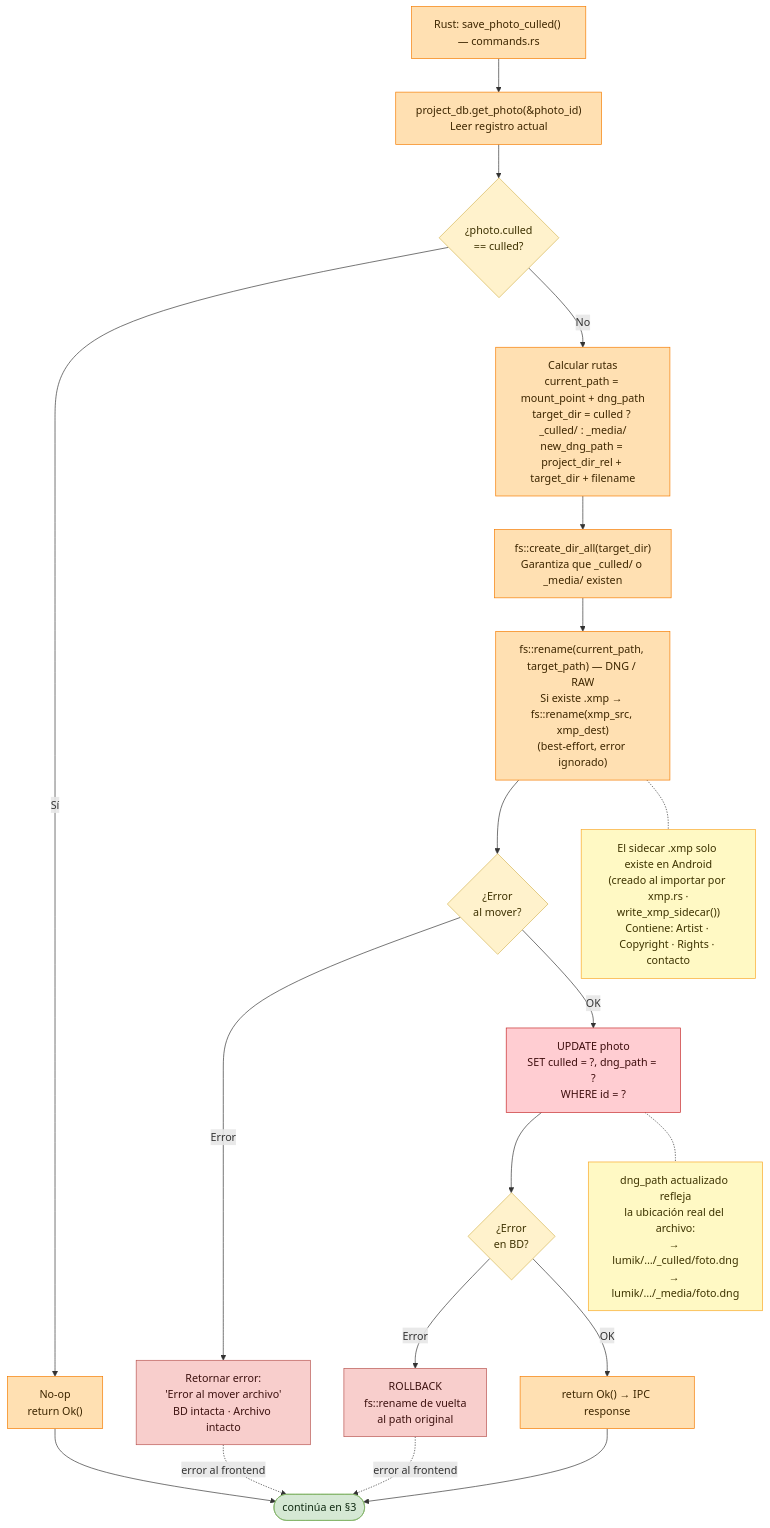
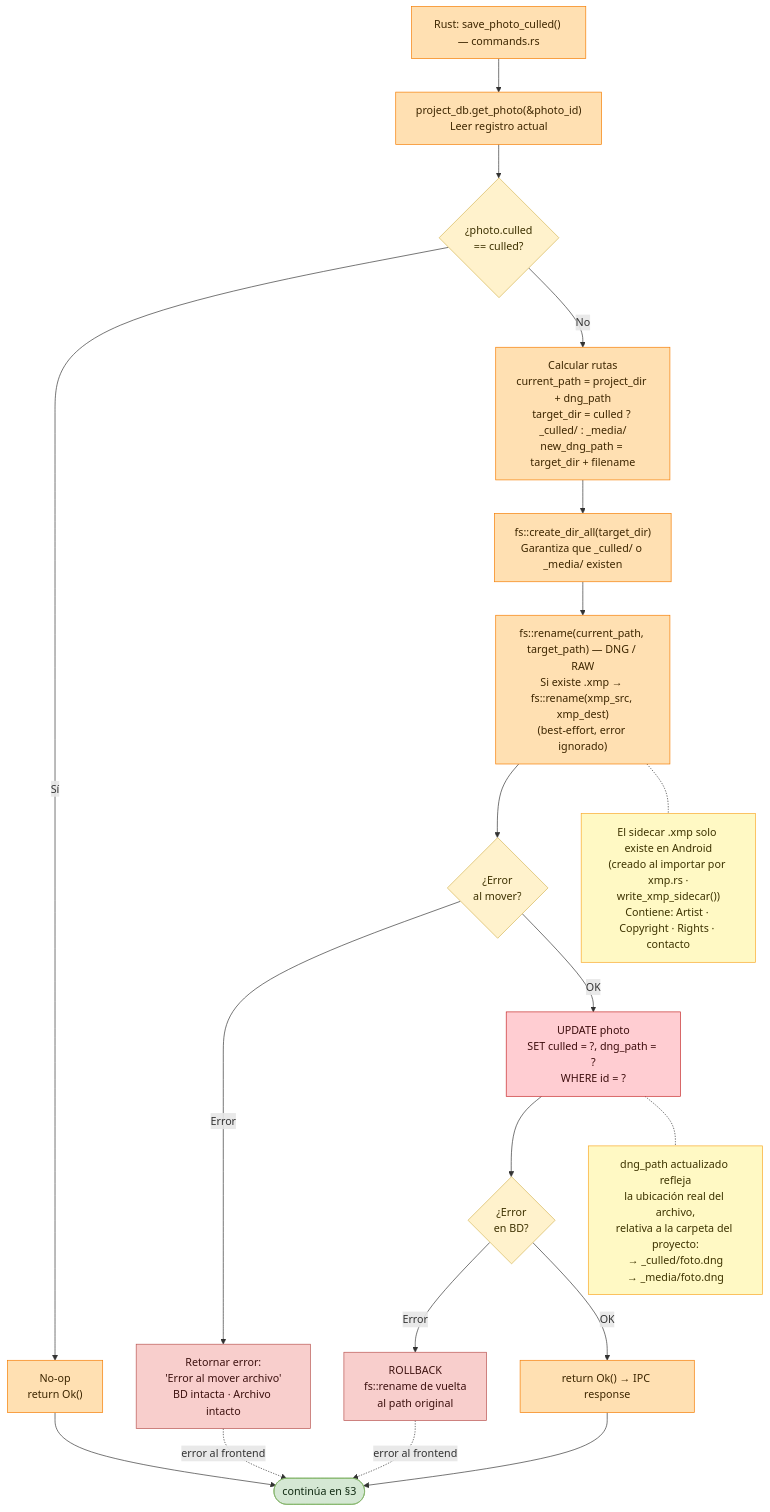
Before and after one commit to everitosan/lumik: the third of 4 diagrams in docs/useCases/flujo-culling.md, drawn with Mermaid. The commit also changed 20 other files, not shown here.

First line of the commit message:
feat(projects): rutas de fotos relativas a la carpeta del proyecto

````diff
--- a/docs/useCases/flujo-culling.md
+++ b/docs/useCases/flujo-culling.md
@@ -57,45 +57,45 @@
 ```mermaid
 flowchart TD
     be["Rust: save_photo_culled() — commands.rs"]
     get_photo["project_db.get_photo(&photo_id)<br/>Leer registro actual"]
     noop_q{"¿photo.culled<br/>== culled?"}
     noop_ok["No-op<br/>return Ok()"]
-    paths["Calcular rutas<br/>current_path = mount_point + dng_path<br/>target_dir = culled ? _culled/ : _media/<br/>new_dng_path = project_dir_rel + target_dir + filename"]
+    paths["Calcular rutas<br/>current_path = project_dir + dng_path<br/>target_dir = culled ? _culled/ : _media/<br/>new_dng_path = target_dir + filename"]
     mkdir["fs::create_dir_all(target_dir)<br/>Garantiza que _culled/ o _media/ existen"]
     move["fs::rename(current_path, target_path) — DNG / RAW<br/>Si existe .xmp → fs::rename(xmp_src, xmp_dest)<br/>(best-effort, error ignorado)"]
     move_q{"¿Error<br/>al mover?"}
     move_err["Retornar error:<br/>'Error al mover archivo'<br/>BD intacta · Archivo intacto"]
     db_update["UPDATE photo<br/>SET culled = ?, dng_path = ?<br/>WHERE id = ?"]
     db_q{"¿Error<br/>en BD?"}
     rollback["ROLLBACK<br/>fs::rename de vuelta<br/>al path original"]
     ok["return Ok() → IPC response"]
     next(["continúa en §3"])
 
     n_xmp["El sidecar .xmp solo existe en Android<br/>(creado al importar por xmp.rs ·<br/>write_xmp_sidecar())<br/>Contiene: Artist · Copyright · Rights · contacto"]
-    n_path["dng_path actualizado refleja<br/>la ubicación real del archivo:<br/>→ lumik/…/_culled/foto.dng<br/>→ lumik/…/_media/foto.dng"]
+    n_path["dng_path actualizado refleja<br/>la ubicación real del archivo,<br/>relativa a la carpeta del proyecto:<br/>→ _culled/foto.dng<br/>→ _media/foto.dng"]
 
     be --> get_photo --> noop_q
     noop_q -->|Sí| noop_ok --> next
     noop_q -->|No| paths --> mkdir --> move --> move_q
     move_q -->|Error| move_err
     move_q -->|OK| db_update --> db_q
     db_q -->|Error| rollback
     db_q -->|OK| ok --> next
     move_err -.->|error al frontend| next
     rollback -.->|error al frontend| next
     move -.- n_xmp
     db_update -.- n_path
 
     classDef term fill:#d5e8d4,stroke:#82b366,color:#102a12
     classDef be fill:#ffe0b2,stroke:#f57c00,color:#3d2600
     classDef db fill:#ffcdd2,stroke:#c62828,color:#3d0d0d
     classDef dec fill:#fff2cc,stroke:#d6b656,color:#3d3100
     classDef err fill:#f8cecc,stroke:#b85450,color:#3d1210
     classDef note fill:#fff9c4,stroke:#f9a825,color:#3d3300
     class next term
     class be,get_photo,noop_ok,paths,mkdir,move,ok be
     class db_update db
     class noop_q,move_q,db_q dec
     class move_err,rollback err
     class n_xmp,n_path note
 ```
````
